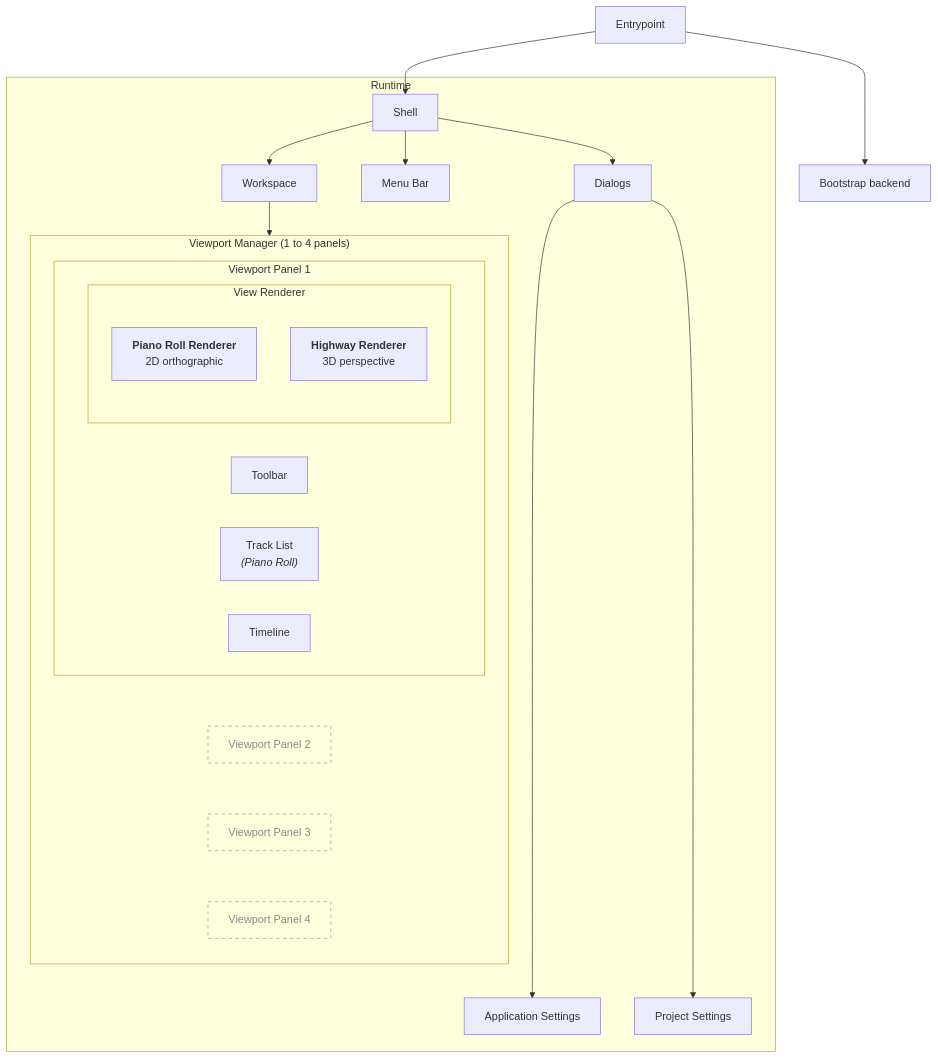
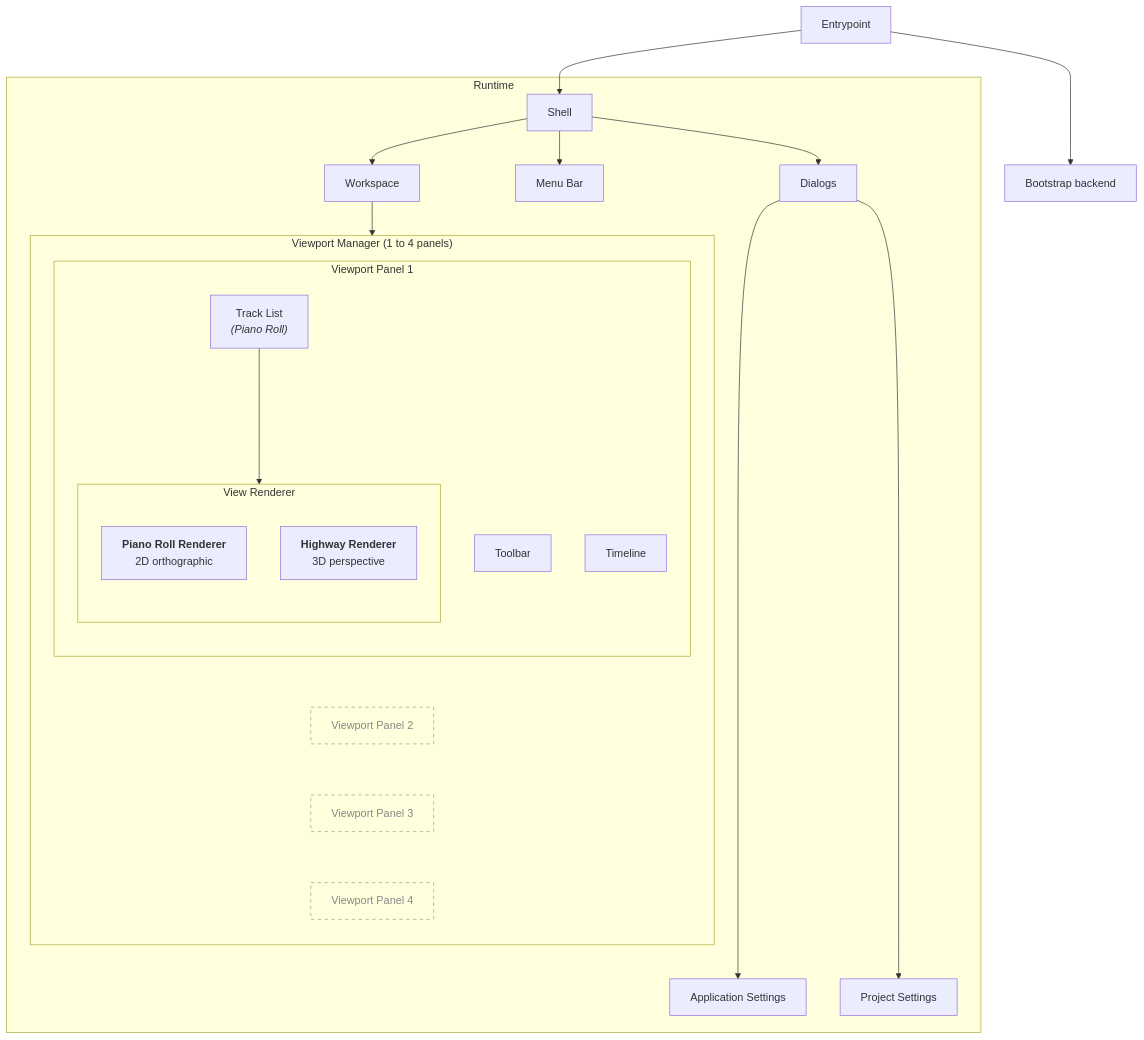
One commit to thomascswalker/openchart changed the first of 2 diagrams in docs/index.md. Above: the diagram before and after it, drawn with Mermaid.

Commit message:
Change direction of Viewport Panel 1 layout

````diff
--- a/docs/index.md
+++ b/docs/index.md
@@ -9,37 +9,37 @@
 ```mermaid
 flowchart TD
     START["Entrypoint"] ---> BOOTSTRAP["Bootstrap backend"]
     START --> SHELL["Shell"]
 
     subgraph RT["Runtime"]
       SHELL --> WS["Workspace"]
       SHELL --> MENU["Menu Bar"]
       SHELL --> DLG["Dialogs"]
       DLG ---> SETTINGS["Application Settings"]
       DLG ---> PROJECT["Project Settings"]
       WS --> VM
   
       subgraph VM["Viewport Manager (1 to 4 panels)"]
           direction TB
           subgraph P1["Viewport Panel 1"]
-              direction LR
+              direction TB
               TB["Toolbar"]
-              TL["Track List<br/><i>(Piano Roll)</i>"]
+              TL["Track List<br/><i>(Piano Roll)</i>"] ---> PR
               subgraph CR["View Renderer"]
                   direction TB
                   PR["<b>Piano Roll Renderer</b><br/>2D orthographic"]
                   HW["<b>Highway Renderer</b><br/>3D perspective"]
               end
               TIME["Timeline"]
           end
           P2["Viewport Panel 2"]:::ghost
           P3["Viewport Panel 3"]:::ghost
           P4["Viewport Panel 4"]:::ghost
           P1 ~~~ P2
           P2 ~~~ P3
           P3 ~~~ P4
       end
     end
 
 classDef ghost fill:#ffffff00,stroke:#999999,stroke-dasharray:5 5,color:#888888
 ```
````
